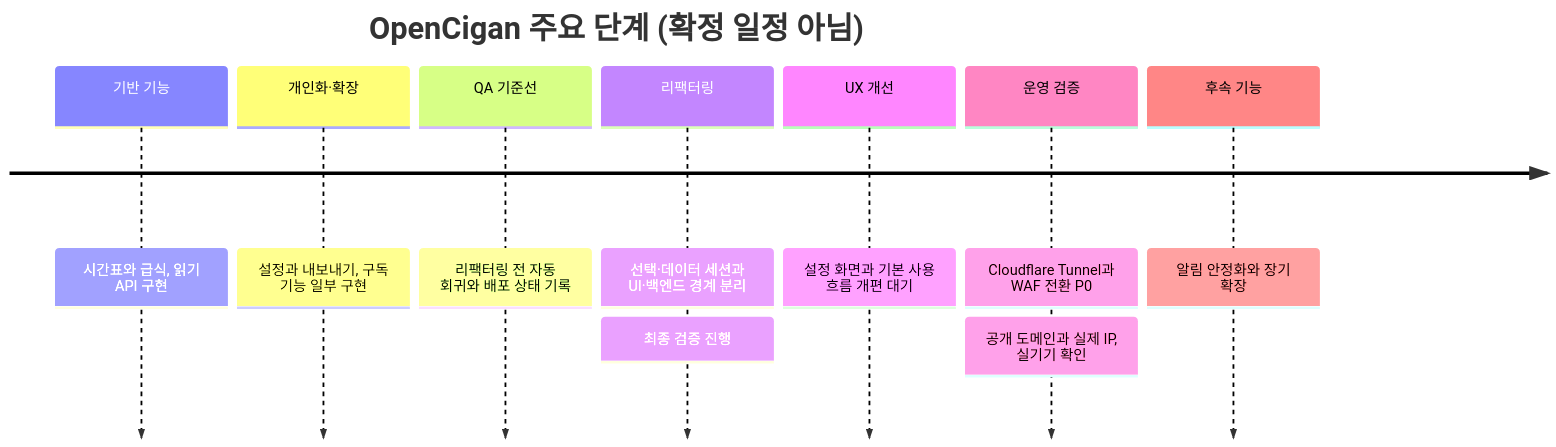
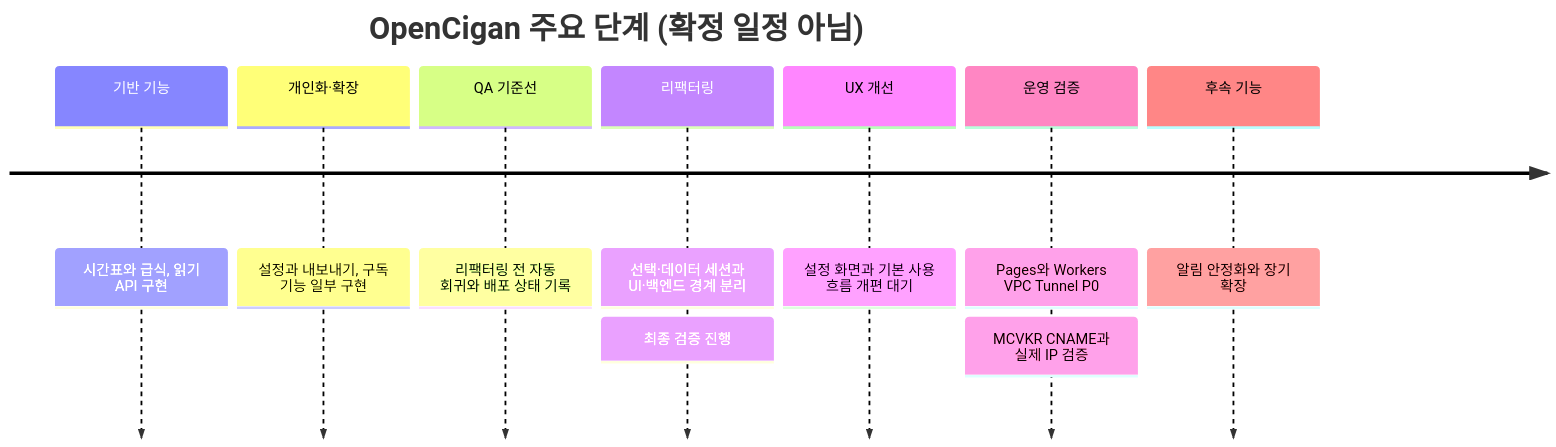
Before and after one commit to Transient-Onlooker/opencigan: the first of 2 diagrams in docs/roadmap.md, drawn with Mermaid. The commit also changed other lines of this file and 3 other files, not shown here.

Commit message:
docs: use Pages and Workers VPC for third-party MCVKR domain

````diff
--- a/docs/roadmap.md
+++ b/docs/roadmap.md
@@ -7,11 +7,11 @@
 ```mermaid
 timeline
     title OpenCigan 주요 단계 (확정 일정 아님)
     기반 기능 : 시간표와 급식, 읽기 API 구현
     개인화·확장 : 설정과 내보내기, 구독 기능 일부 구현
     QA 기준선 : 리팩터링 전 자동 회귀와 배포 상태 기록
     리팩터링 : 선택·데이터 세션과 UI·백엔드 경계 분리 : 최종 검증 진행
     UX 개선 : 설정 화면과 기본 사용 흐름 개편 대기
-    운영 검증 : Cloudflare Tunnel과 WAF 전환 P0 : 공개 도메인과 실제 IP, 실기기 확인
+    운영 검증 : Pages와 Workers VPC Tunnel P0 : MCVKR CNAME과 실제 IP 검증
     후속 기능 : 알림 안정화와 장기 확장
 ```
````
